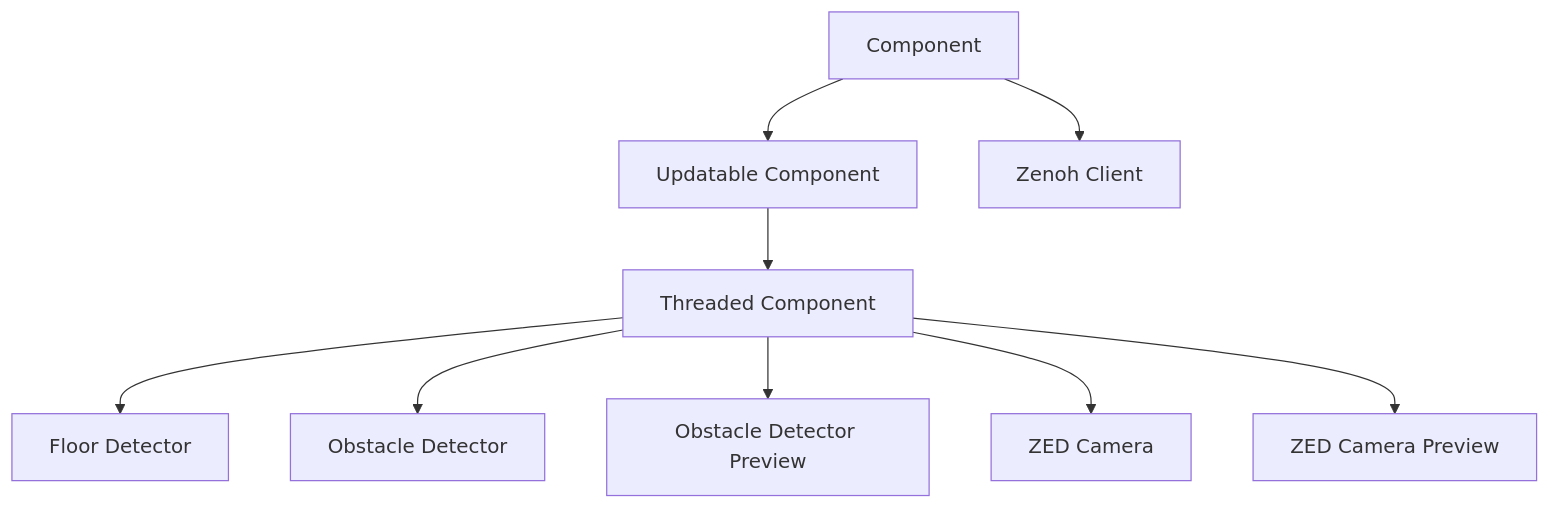
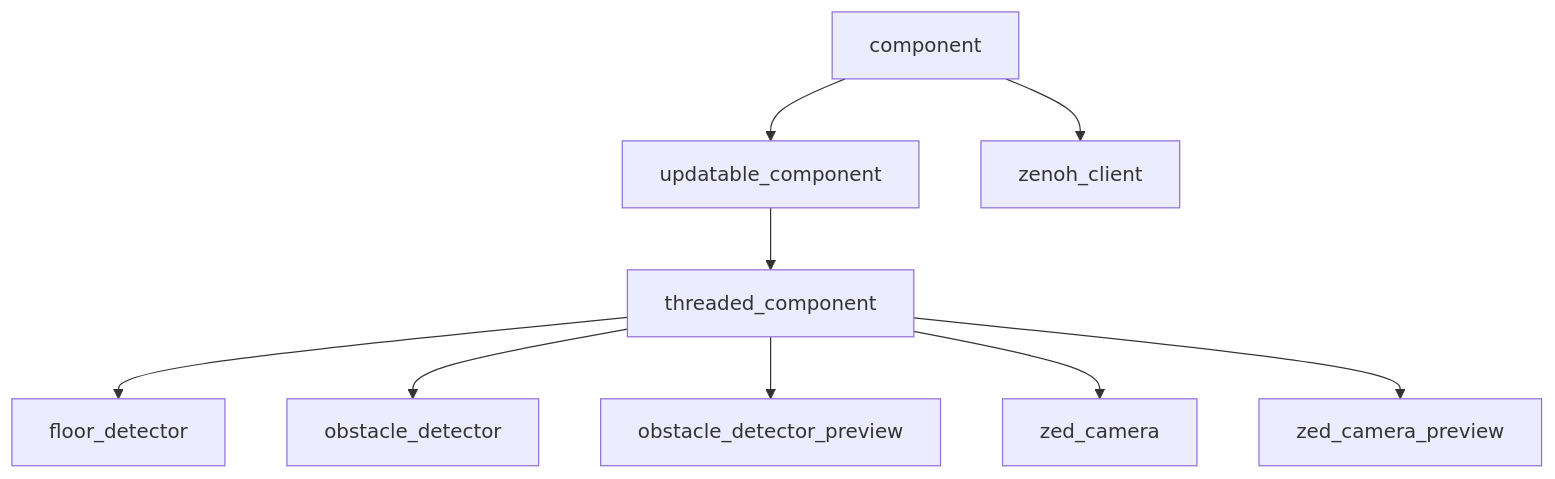
The second of 2 diagrams in docs/codebase/namespaces/core/implementation/component.md (kasper-szczerba/autonomous_control_system_wiki), drawn with Mermaid before and after one commit. The commit also changed other lines of this file and 41 other files, not shown here.

````diff
--- a/docs/codebase/namespaces/core/implementation/component.md
+++ b/docs/codebase/namespaces/core/implementation/component.md
@@ -23,12 +23,12 @@
 ```mermaid
 graph TD
-    component["Component"]
-    component["Component"] --> updatable_component["Updatable Component"]
-    component["Component"] --> zenoh_client["Zenoh Client"]
-    threaded_component["Threaded Component"] --> floor_detector["Floor Detector"]
-    threaded_component["Threaded Component"] --> obstacle_detector["Obstacle Detector"]
-    threaded_component["Threaded Component"] --> obstacle_detector_preview["Obstacle Detector Preview"]
-    threaded_component["Threaded Component"] --> zed_camera["ZED Camera"]
-    threaded_component["Threaded Component"] --> zed_camera_preview["ZED Camera Preview"]
-    updatable_component["Updatable Component"] --> threaded_component["Threaded Component"]
+    component["component"]
+    component["component"] --> updatable_component["updatable_component"]
+    component["component"] --> zenoh_client["zenoh_client"]
+    threaded_component["threaded_component"] --> floor_detector["floor_detector"]
+    threaded_component["threaded_component"] --> obstacle_detector["obstacle_detector"]
+    threaded_component["threaded_component"] --> obstacle_detector_preview["obstacle_detector_preview"]
+    threaded_component["threaded_component"] --> zed_camera["zed_camera"]
+    threaded_component["threaded_component"] --> zed_camera_preview["zed_camera_preview"]
+    updatable_component["updatable_component"] --> threaded_component["threaded_component"]
 ```
````
